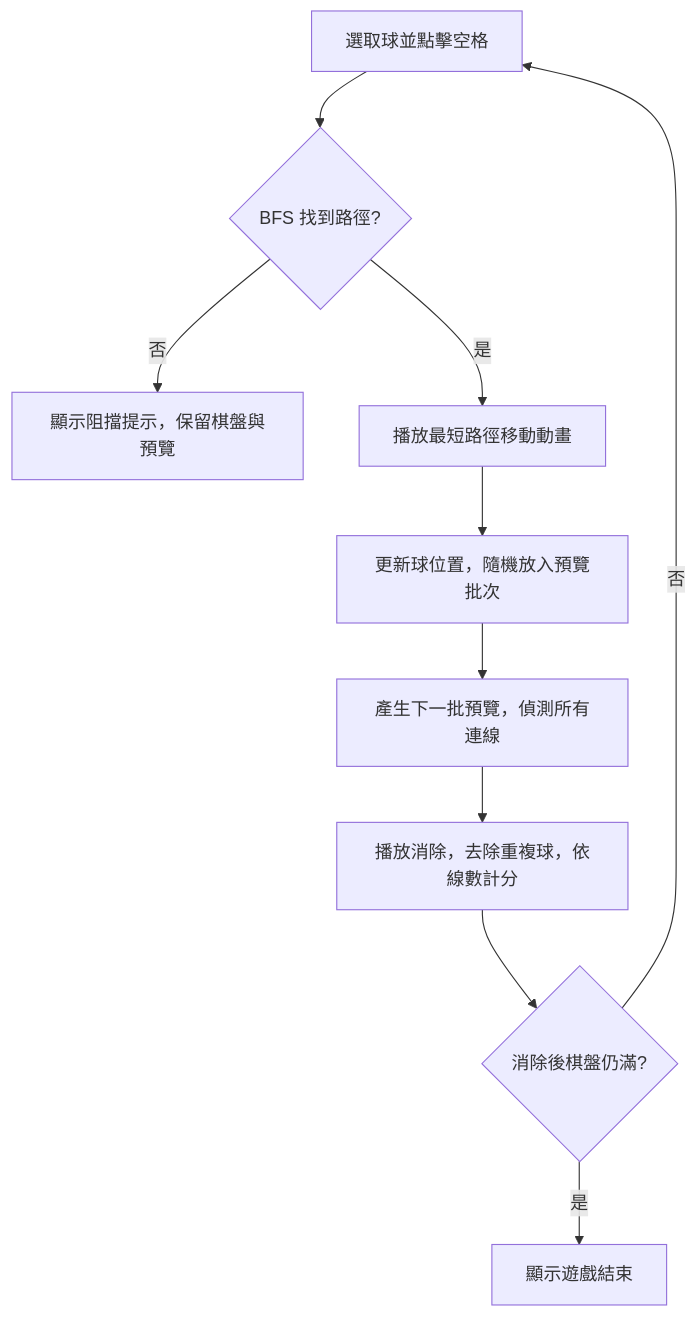
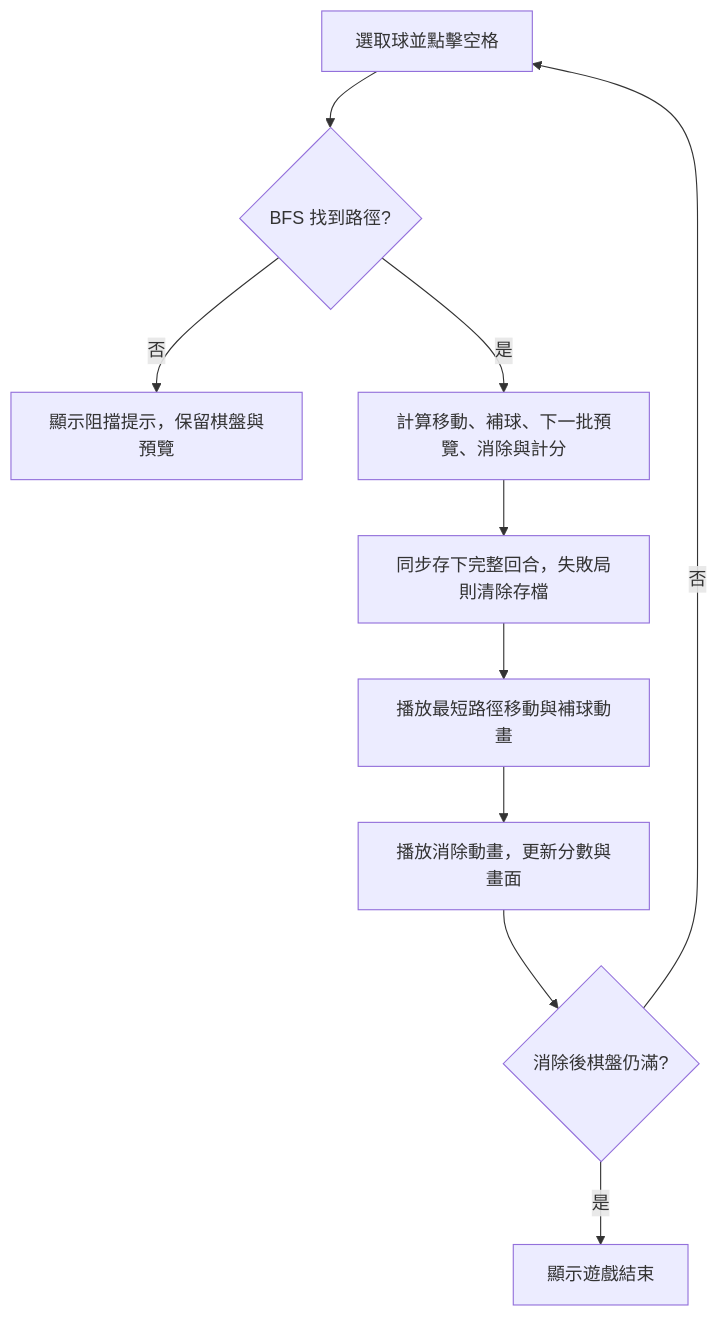
The diagram in README.md (M80ta/dotdotgame), drawn with Mermaid before and after one commit. The commit also changed other lines of this file and 11 other files, not shown here.

````diff
--- a/README.md
+++ b/README.md
@@ -87,12 +99,12 @@
 ```mermaid
 flowchart TD
     A[選取球並點擊空格] --> B{BFS 找到路徑?}
     B -->|否| C[顯示阻擋提示，保留棋盤與預覽]
-    B -->|是| D[播放最短路徑移動動畫]
-    D --> E[更新球位置，隨機放入預覽批次]
-    E --> F[產生下一批預覽，偵測所有連線]
-    F --> G[播放消除，去除重複球，依線數計分]
+    B -->|是| D[計算移動、補球、下一批預覽、消除與計分]
+    D --> E[同步存下完整回合，失敗局則清除存檔]
+    E --> F[播放最短路徑移動與補球動畫]
+    F --> G[播放消除動畫，更新分數與畫面]
     G --> H{消除後棋盤仍滿?}
     H -->|是| I[顯示遊戲結束]
     H -->|否| A
 ```
````
